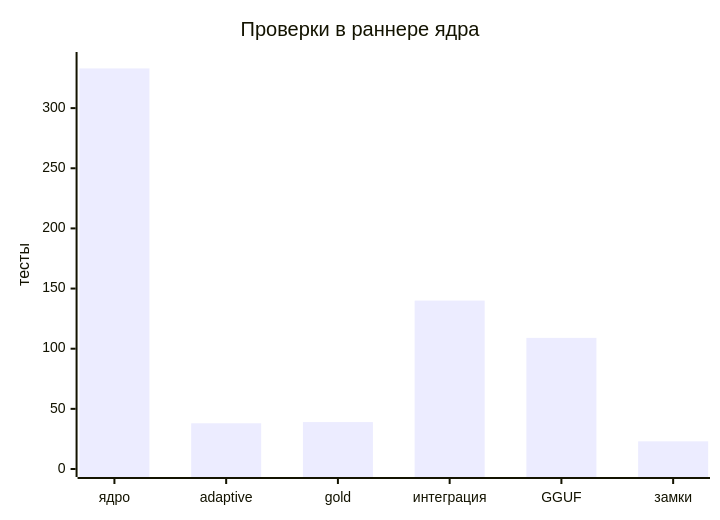
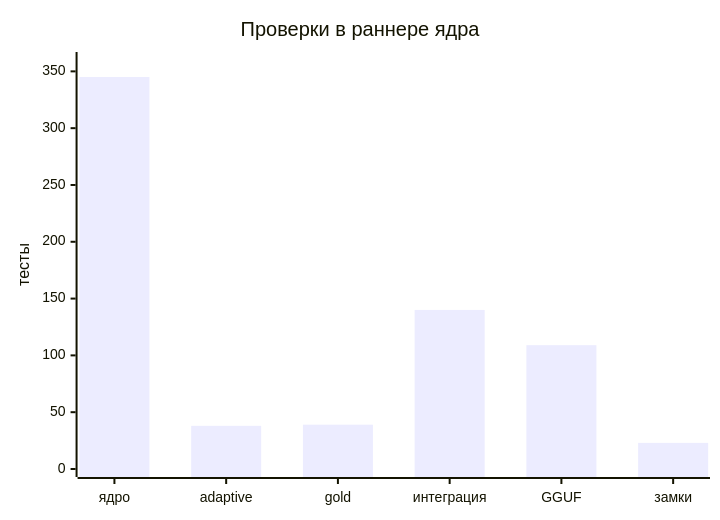
Before and after one commit to fakingpescobar-ctrl/opencode-mobile: the tenth of 11 diagrams in README.md, drawn with Mermaid. The commit also changed other lines of this file and 11 other files, not shown here.

````diff
--- a/README.md
+++ b/README.md
@@ -576,7 +605,7 @@
 ```mermaid
 xychart-beta
     title "Проверки в раннере ядра"
     x-axis ["ядро", "adaptive", "gold", "интеграция", "GGUF", "замки"]
-    y-axis "тесты" 0 --> 340
-    bar [333, 38, 39, 140, 109, 23]
+    y-axis "тесты" 0 --> 360
+    bar [345, 38, 39, 140, 109, 23]
 ```
````
